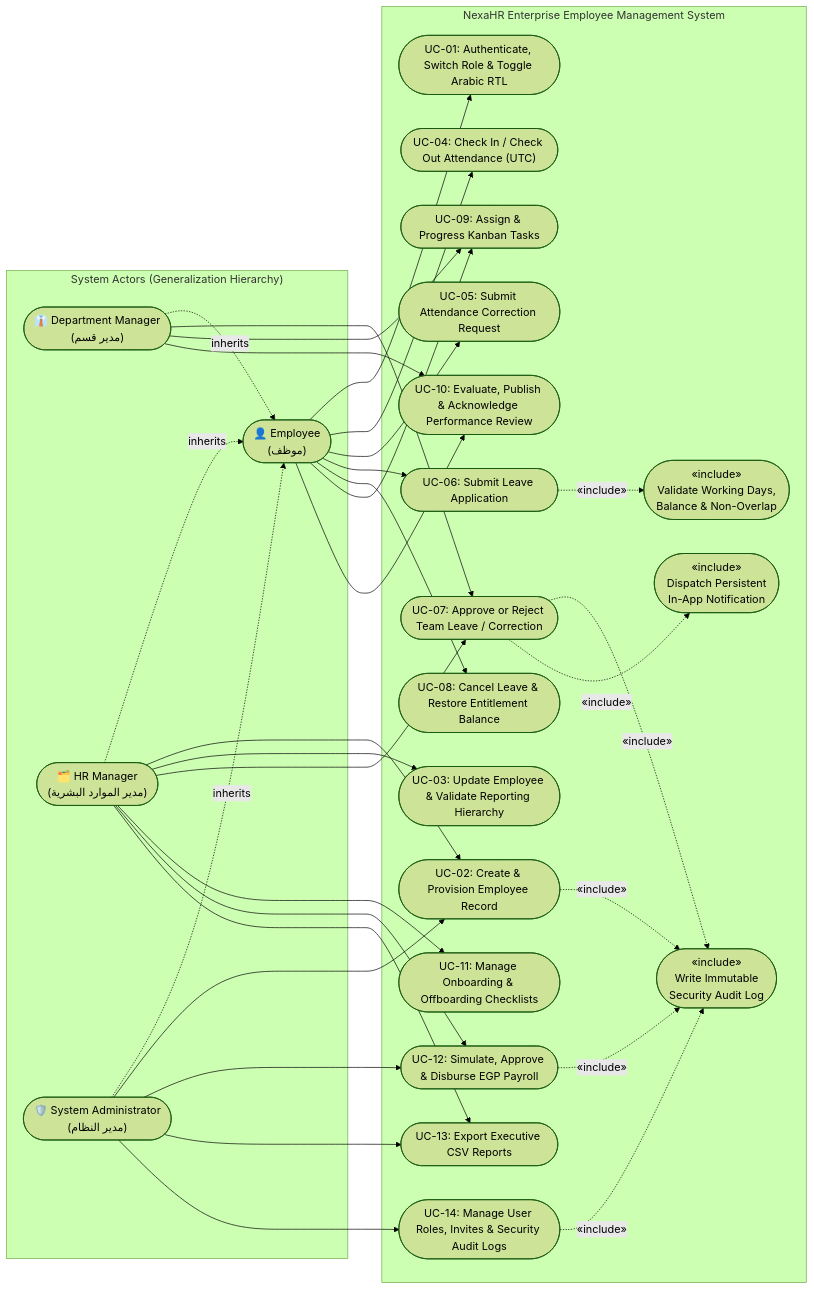
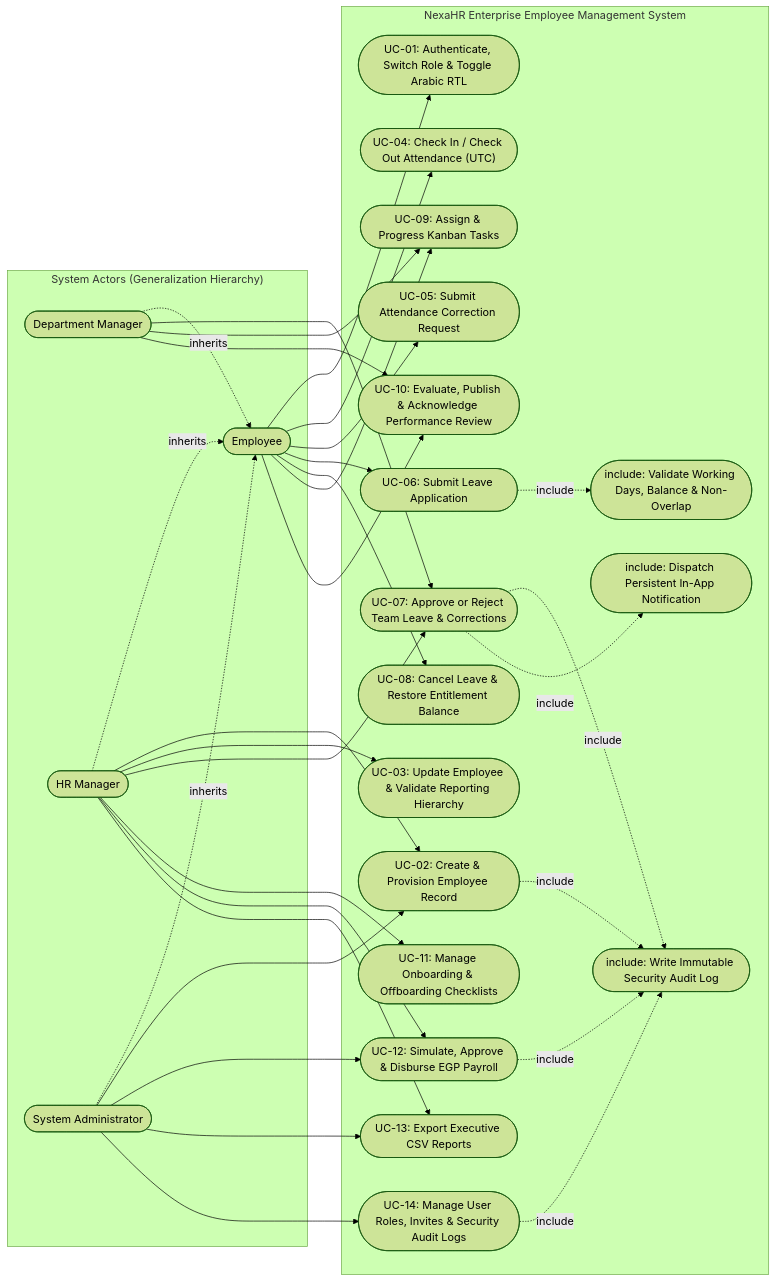
The first of 16 diagrams in README.md (IbrahimAbdelsattar/employee-management-system), drawn with Mermaid (forest theme) before and after one commit. The commit also changed other lines of this file and 1 other file, not shown here.

First line of the commit message:
docs: clean up UML diagram and README documentation

````diff
--- a/README.md
+++ b/README.md
@@ -92,64 +92,64 @@
 ```mermaid
 flowchart LR
     subgraph Actors["System Actors (Generalization Hierarchy)"]
-        Emp(["👤 Employee\n(موظف)"])
-        Mgr(["👔 Department Manager\n(مدير قسم)"])
-        HR(["🗂️ HR Manager\n(مدير الموارد البشرية)"])
-        Admin(["🛡️ System Administrator\n(مدير النظام)"])
+        Emp(["Employee"])
+        Mgr(["Department Manager"])
+        HR(["HR Manager"])
+        Admin(["System Administrator"])
         Mgr -. "inherits" .-> Emp
         HR -. "inherits" .-> Emp
         Admin -. "inherits" .-> Emp
     end
 
     subgraph NexaHR["NexaHR Enterprise Employee Management System"]
         UC01(["UC-01: Authenticate, Switch Role & Toggle Arabic RTL"])
         UC02(["UC-02: Create & Provision Employee Record"])
         UC03(["UC-03: Update Employee & Validate Reporting Hierarchy"])
         UC04(["UC-04: Check In / Check Out Attendance (UTC)"])
         UC05(["UC-05: Submit Attendance Correction Request"])
         UC06(["UC-06: Submit Leave Application"])
-        UC07(["UC-07: Approve or Reject Team Leave / Correction"])
+        UC07(["UC-07: Approve or Reject Team Leave & Corrections"])
         UC08(["UC-08: Cancel Leave & Restore Entitlement Balance"])
         UC09(["UC-09: Assign & Progress Kanban Tasks"])
         UC10(["UC-10: Evaluate, Publish & Acknowledge Performance Review"])
         UC11(["UC-11: Manage Onboarding & Offboarding Checklists"])
         UC12(["UC-12: Simulate, Approve & Disburse EGP Payroll"])
         UC13(["UC-13: Export Executive CSV Reports"])
         UC14(["UC-14: Manage User Roles, Invites & Security Audit Logs"])
 
-        INC_Leave(["«include»\nValidate Working Days,\nBalance & Non-Overlap"])
-        INC_Audit(["«include»\nWrite Immutable\nSecurity Audit Log"])
-        INC_Notif(["«include»\nDispatch Persistent\nIn-App Notification"])
+        INC_Leave(["include: Validate Working Days, Balance & Non-Overlap"])
+        INC_Audit(["include: Write Immutable Security Audit Log"])
+        INC_Notif(["include: Dispatch Persistent In-App Notification"])
     end
 
     Emp --> UC01
     Emp --> UC04
     Emp --> UC05
     Emp --> UC06
     Emp --> UC08
     Emp --> UC09
     Emp --> UC10
 
     Mgr --> UC07
     Mgr --> UC09
     Mgr --> UC10
 
     HR --> UC02
     HR --> UC03
     HR --> UC07
     HR --> UC11
     HR --> UC12
     HR --> UC13
 
     Admin --> UC02
     Admin --> UC12
     Admin --> UC13
     Admin --> UC14
 
-    UC06 -. "«include»" .-> INC_Leave
-    UC02 -. "«include»" .-> INC_Audit
-    UC07 -. "«include»" .-> INC_Audit
-    UC07 -. "«include»" .-> INC_Notif
-    UC12 -. "«include»" .-> INC_Audit
-    UC14 -. "«include»" .-> INC_Audit
+    UC06 -. "include" .-> INC_Leave
+    UC02 -. "include" .-> INC_Audit
+    UC07 -. "include" .-> INC_Audit
+    UC07 -. "include" .-> INC_Notif
+    UC12 -. "include" .-> INC_Audit
+    UC14 -. "include" .-> INC_Audit
 ```
````
